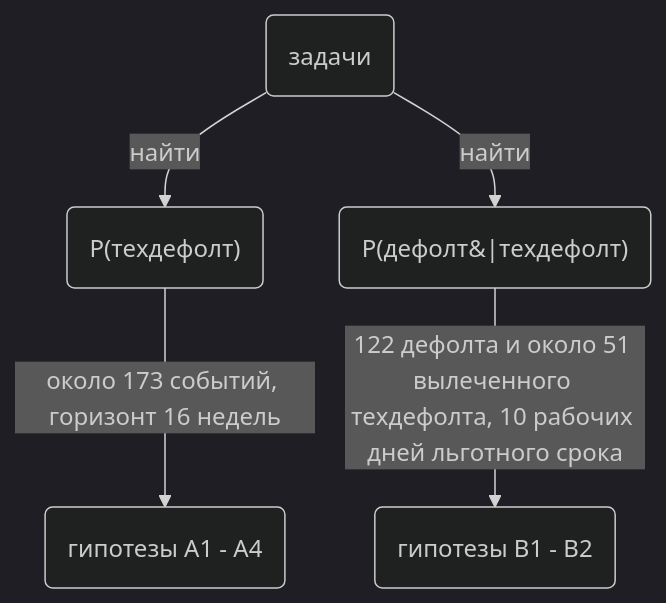
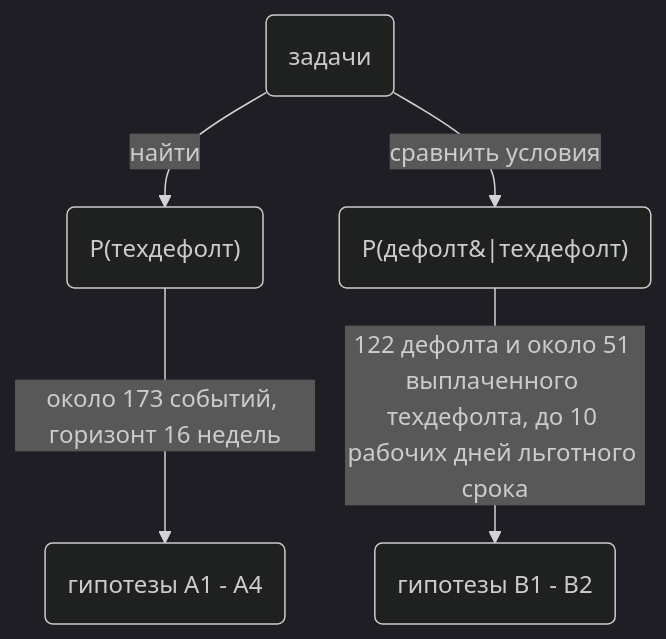
Before and after one commit to alferova-tv/Jessica-invest-assistant: the second of 2 diagrams in research/README.md, drawn with Mermaid (dark theme). The commit also changed other lines of this file and 1 other file, not shown here.

Commit message:
отредактированный ридми под гипотезы

````diff
--- a/research/README.md
+++ b/research/README.md
@@ -68,8 +61,8 @@
 ```mermaid
 graph TD
     A(задачи)
     A -->|найти| B("P(техдефолт)")
-    A -->|найти| C("P(дефолт&#124;техдефолт)")
+    A -->|сравнить условия| C("P(дефолт&#124;техдефолт)")
     B -->|около 173 событий, горизонт 16 недель| D(гипотезы A1 - A4)
-    C -->|122 дефолта и около 51 вылеченного техдефолта, 10 рабочих дней льготного срока| E(гипотезы B1 - B2)
+    C -->|122 дефолта и около 51 выплаченного техдефолта, до 10 рабочих дней льготного срока| E(гипотезы B1 - B2)
 ```
````
